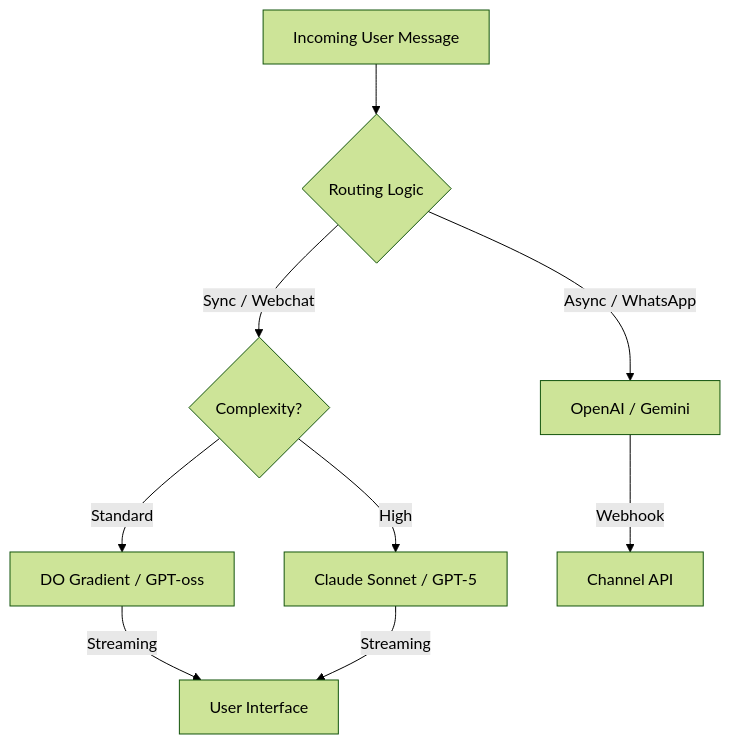
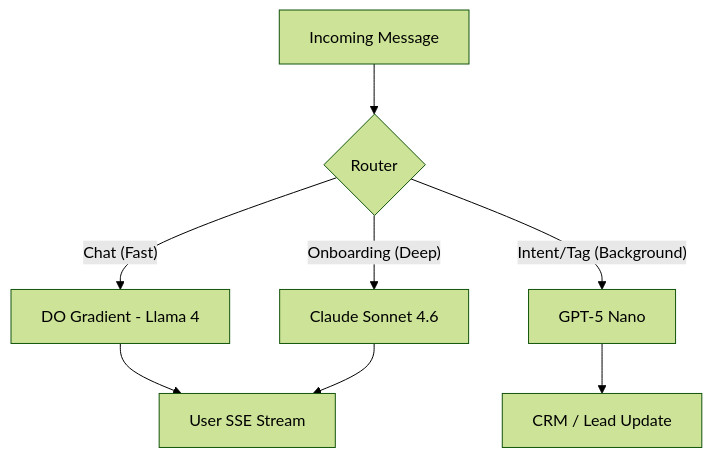
Before and after one commit to swopno1/replybase-saas: the diagram in docs/ai/hybrid-ai-architecture.md, drawn with Mermaid (forest theme). The commit also changed other lines of this file and 5 other files, not shown here.

Commit message:
docs: update AI architecture documentation and cost analysis for DigitalOcean inference migration

````diff
--- a/docs/ai/hybrid-ai-architecture.md
+++ b/docs/ai/hybrid-ai-architecture.md
@@ -38,13 +32,11 @@
 ```mermaid
 graph TD
-    A[Incoming User Message] --> B{Routing Logic}
-    B -- Sync / Webchat --> C{Complexity?}
-    C -- Standard --> D[DO Gradient / GPT-oss]
-    C -- High --> E[Claude Sonnet / GPT-5]
+    A[Incoming Message] --> B{Router}
+    B -- "Chat (Fast)" --> C[DO Gradient - Llama 4]
+    B -- "Onboarding (Deep)" --> D[Claude Sonnet 4.6]
+    B -- "Intent/Tag (Background)" --> E[GPT-5 Nano]
     
-    B -- Async / WhatsApp --> F[OpenAI / Gemini]
-    
-    D -- Streaming --> G[User Interface]
-    E -- Streaming --> G
-    F -- Webhook --> H[Channel API]
+    C --> F[User SSE Stream]
+    D --> F
+    E --> G[CRM / Lead Update]
 ```
````
